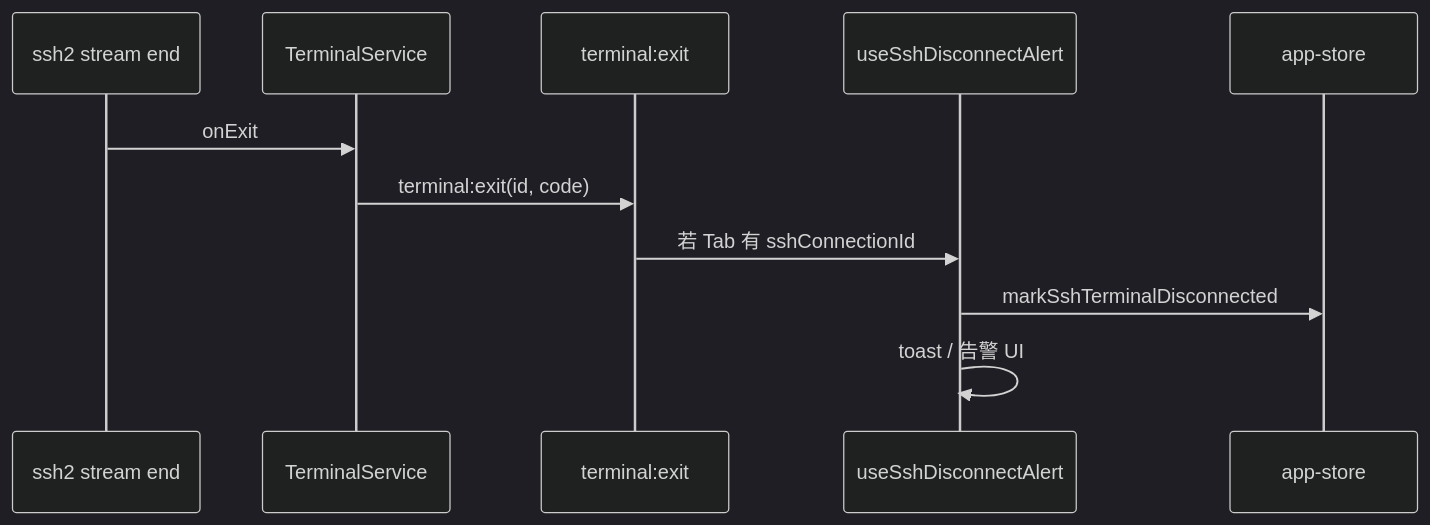
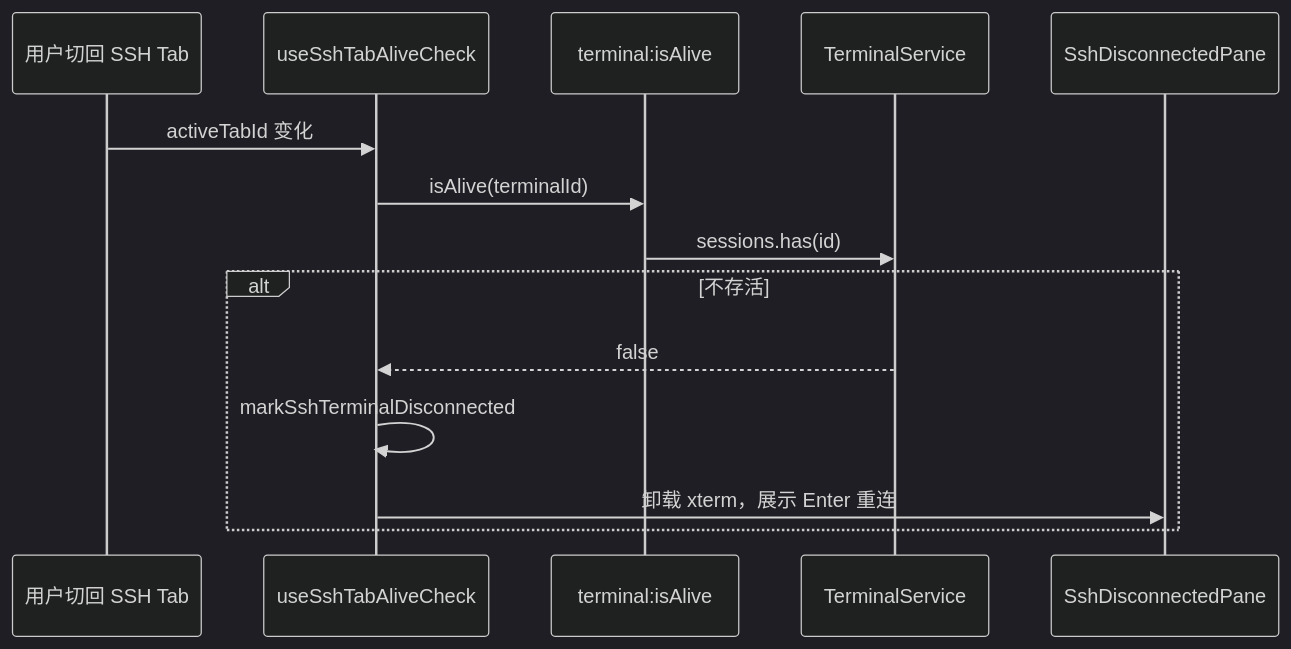
One commit to Landers1037/NioZy changed the third of 3 diagrams in docs/功能SSH连接.md. Above: the diagram before and after it, drawn with Mermaid (dark theme). The commit also changed other lines of this file and 18 other files, not shown here.

First line of the commit message:
feat(ssh): 可配置连接超时与切回 Tab 存活检查

````diff
--- a/docs/功能SSH连接.md
+++ b/docs/功能SSH连接.md
@@ -91,14 +93,17 @@
 ```mermaid
 sequenceDiagram
-  participant PTY as ssh2 stream end
+  participant User as 用户切回 SSH Tab
+  participant Hook as useSshTabAliveCheck
+  participant IPC as terminal:isAlive
   participant TS as TerminalService
-  participant IPC as terminal:exit
-  participant Hook as useSshDisconnectAlert
-  participant Store as app-store
+  participant UI as SshDisconnectedPane
 
-  PTY->>TS: onExit
-  TS->>IPC: terminal:exit(id, code)
-  IPC->>Hook: 若 Tab 有 sshConnectionId
-  Hook->>Store: markSshTerminalDisconnected
-  Hook->>Hook: toast / 告警 UI
+  User->>Hook: activeTabId 变化
+  Hook->>IPC: isAlive(terminalId)
+  IPC->>TS: sessions.has(id)
+  alt 不存活
+    TS-->>Hook: false
+    Hook->>Hook: markSshTerminalDisconnected
+    Hook->>UI: 卸载 xterm，展示 Enter 重连
+  end
 ```
````
